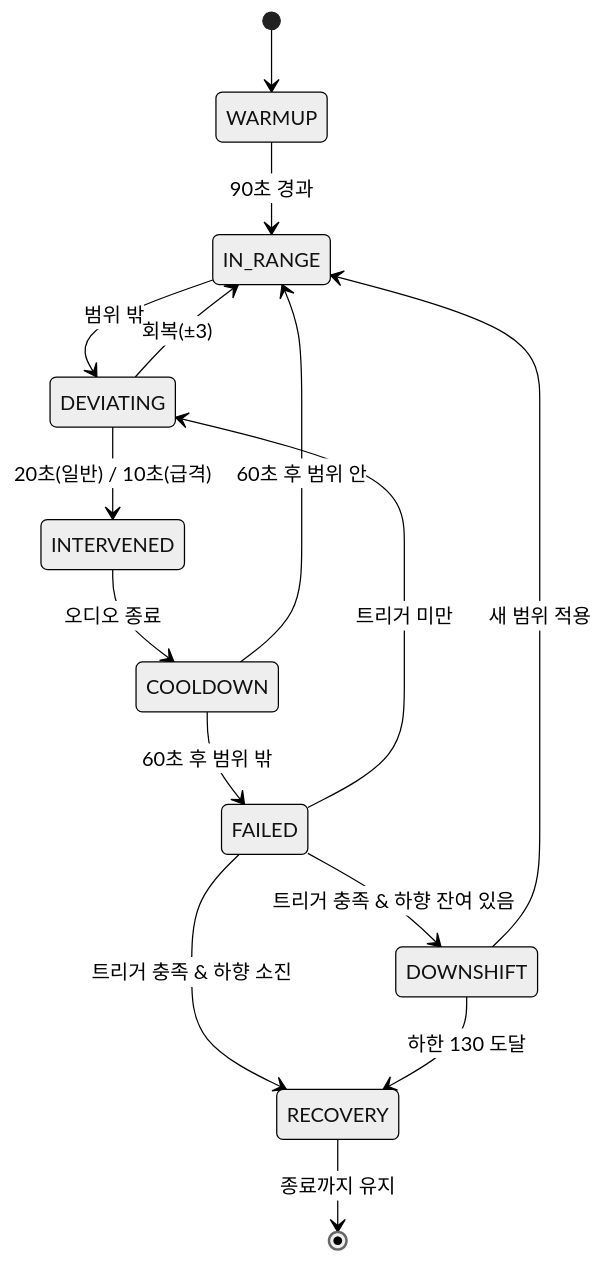
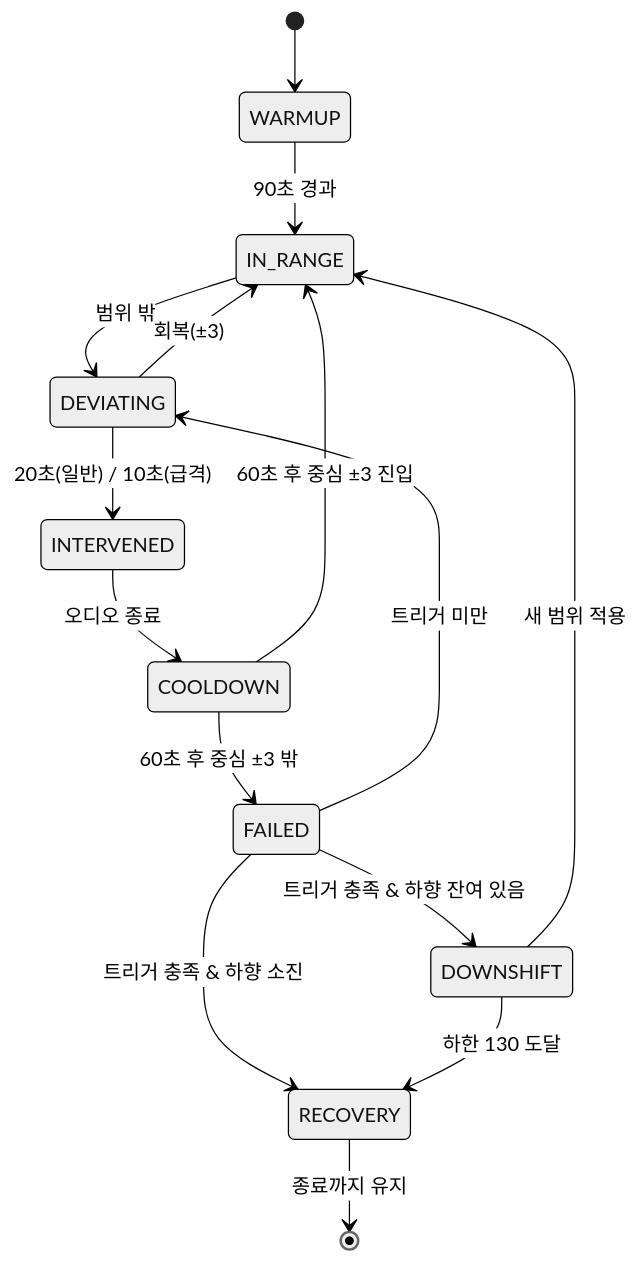
The second of 2 diagrams in docs/ENGINE.md (Gonu19/Dalli), drawn with Mermaid (neutral theme) before and after one commit. The commit also changed other lines of this file and 6 other files, not shown here.

````diff
--- a/docs/ENGINE.md
+++ b/docs/ENGINE.md
@@ -127,17 +199,17 @@
 ```mermaid
 stateDiagram-v2
     [*] --> WARMUP
     WARMUP --> IN_RANGE : 90초 경과
     IN_RANGE --> DEVIATING : 범위 밖
     DEVIATING --> IN_RANGE : 회복(±3)
     DEVIATING --> INTERVENED : 20초(일반) / 10초(급격)
     INTERVENED --> COOLDOWN : 오디오 종료
-    COOLDOWN --> IN_RANGE : 60초 후 범위 안
-    COOLDOWN --> FAILED : 60초 후 범위 밖
+    COOLDOWN --> IN_RANGE : 60초 후 중심 ±3 진입
+    COOLDOWN --> FAILED : 60초 후 중심 ±3 밖
     FAILED --> DEVIATING : 트리거 미만
     FAILED --> DOWNSHIFT : 트리거 충족 & 하향 잔여 있음
     FAILED --> RECOVERY : 트리거 충족 & 하향 소진
     DOWNSHIFT --> IN_RANGE : 새 범위 적용
     DOWNSHIFT --> RECOVERY : 하한 130 도달
     RECOVERY --> [*] : 종료까지 유지
 ```
````
